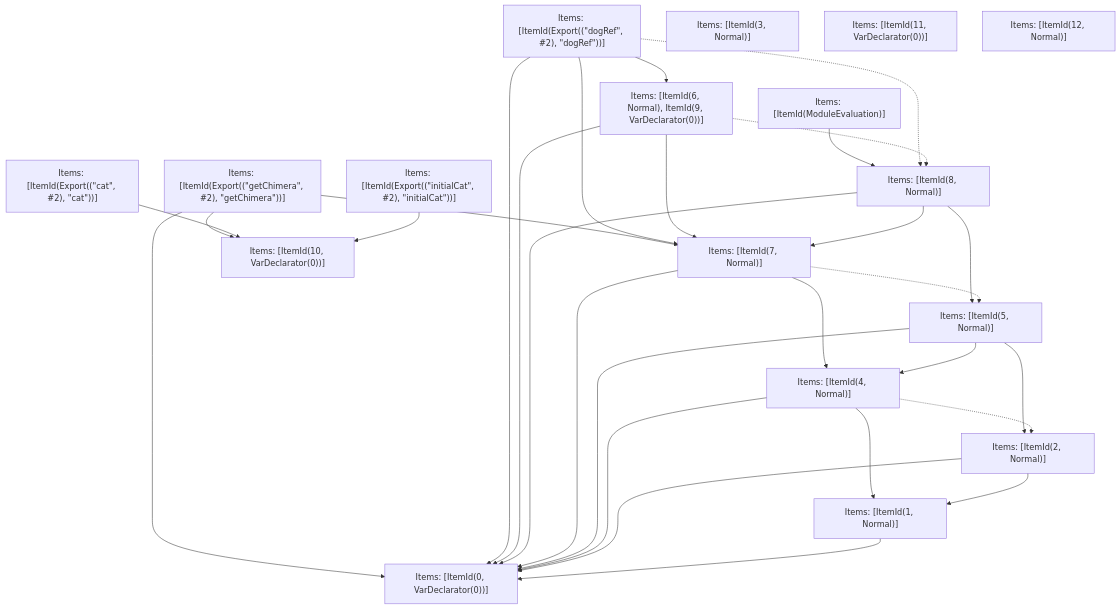
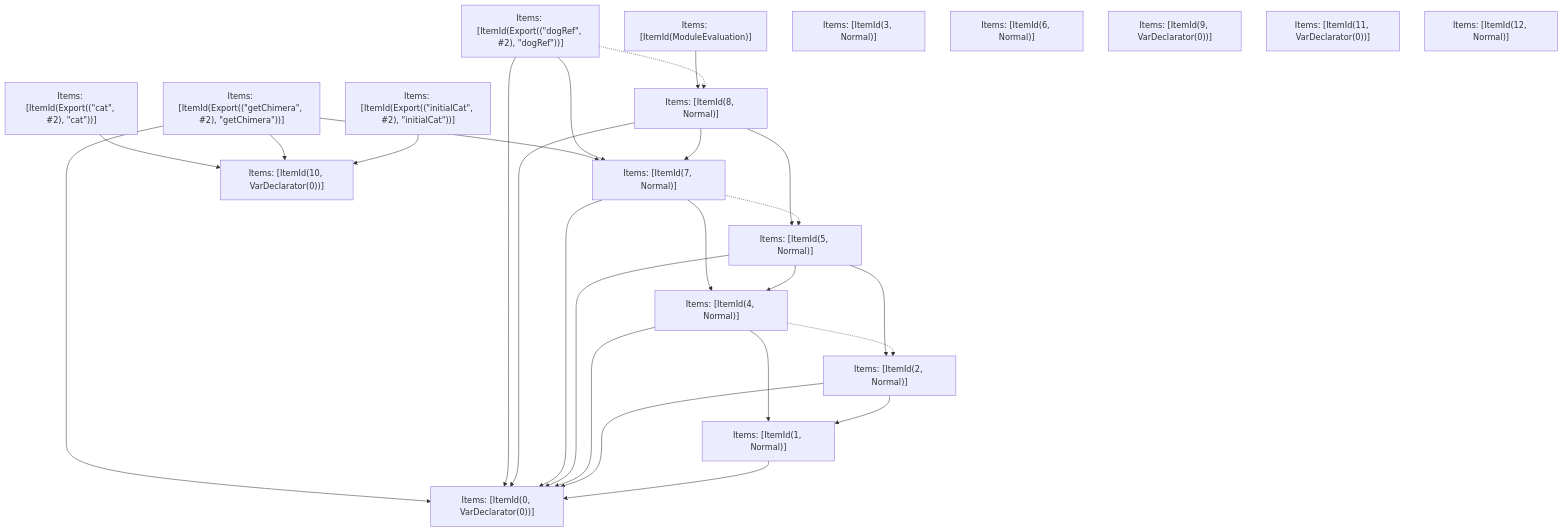
The fifth of 5 diagrams in turbopack/crates/turbopack-ecmascript/tests/tree-shaker/analyzer/complex/output.md (Sonar-UX-Testing-FreePlan/next.js), drawn with Mermaid before and after one commit. The commit also changed other lines of this file and 30 other files, not shown here.

````diff
--- a/turbopack/crates/turbopack-ecmascript/tests/tree-shaker/analyzer/complex/output.md
+++ b/turbopack/crates/turbopack-ecmascript/tests/tree-shaker/analyzer/complex/output.md
@@ -351,48 +351,45 @@
 ```mermaid
 graph TD
     N0["Items: [ItemId(ModuleEvaluation)]"];
     N1["Items: [ItemId(Export((&quot;cat&quot;, #2), &quot;cat&quot;))]"];
     N2["Items: [ItemId(Export((&quot;dogRef&quot;, #2), &quot;dogRef&quot;))]"];
     N3["Items: [ItemId(Export((&quot;getChimera&quot;, #2), &quot;getChimera&quot;))]"];
     N4["Items: [ItemId(Export((&quot;initialCat&quot;, #2), &quot;initialCat&quot;))]"];
     N5["Items: [ItemId(0, VarDeclarator(0))]"];
     N6["Items: [ItemId(1, Normal)]"];
     N7["Items: [ItemId(2, Normal)]"];
     N8["Items: [ItemId(4, Normal)]"];
     N9["Items: [ItemId(5, Normal)]"];
-    N10["Items: [ItemId(6, Normal), ItemId(9, VarDeclarator(0))]"];
-    N11["Items: [ItemId(7, Normal)]"];
-    N12["Items: [ItemId(8, Normal)]"];
-    N13["Items: [ItemId(10, VarDeclarator(0))]"];
-    N14["Items: [ItemId(3, Normal)]"];
-    N15["Items: [ItemId(11, VarDeclarator(0))]"];
-    N16["Items: [ItemId(12, Normal)]"];
+    N10["Items: [ItemId(7, Normal)]"];
+    N11["Items: [ItemId(8, Normal)]"];
+    N12["Items: [ItemId(10, VarDeclarator(0))]"];
+    N13["Items: [ItemId(3, Normal)]"];
+    N14["Items: [ItemId(6, Normal)]"];
+    N15["Items: [ItemId(9, VarDeclarator(0))]"];
+    N16["Items: [ItemId(11, VarDeclarator(0))]"];
+    N17["Items: [ItemId(12, Normal)]"];
     N6 --> N5;
     N7 --> N6;
     N7 --> N5;
     N8 --> N6;
     N8 --> N5;
     N8 -.-> N7;
     N9 --> N8;
     N9 --> N5;
     N9 --> N7;
-    N11 --> N8;
+    N10 --> N8;
+    N10 --> N5;
+    N10 -.-> N9;
+    N11 --> N10;
     N11 --> N5;
-    N11 -.-> N9;
-    N12 --> N11;
-    N12 --> N5;
-    N12 --> N9;
-    N10 --> N11;
-    N10 --> N5;
-    N4 --> N13;
-    N2 --> N11;
+    N11 --> N9;
+    N2 --> N5;
     N2 --> N10;
-    N1 --> N13;
-    N2 --> N5;
-    N3 --> N11;
-    N3 --> N13;
-    N10 -.-> N12;
-    N2 -.-> N12;
+    N2 -.-> N11;
+    N4 --> N12;
+    N3 --> N12;
+    N1 --> N12;
+    N3 --> N10;
+    N0 --> N11;
     N3 --> N5;
-    N0 --> N12;
 ```
````
